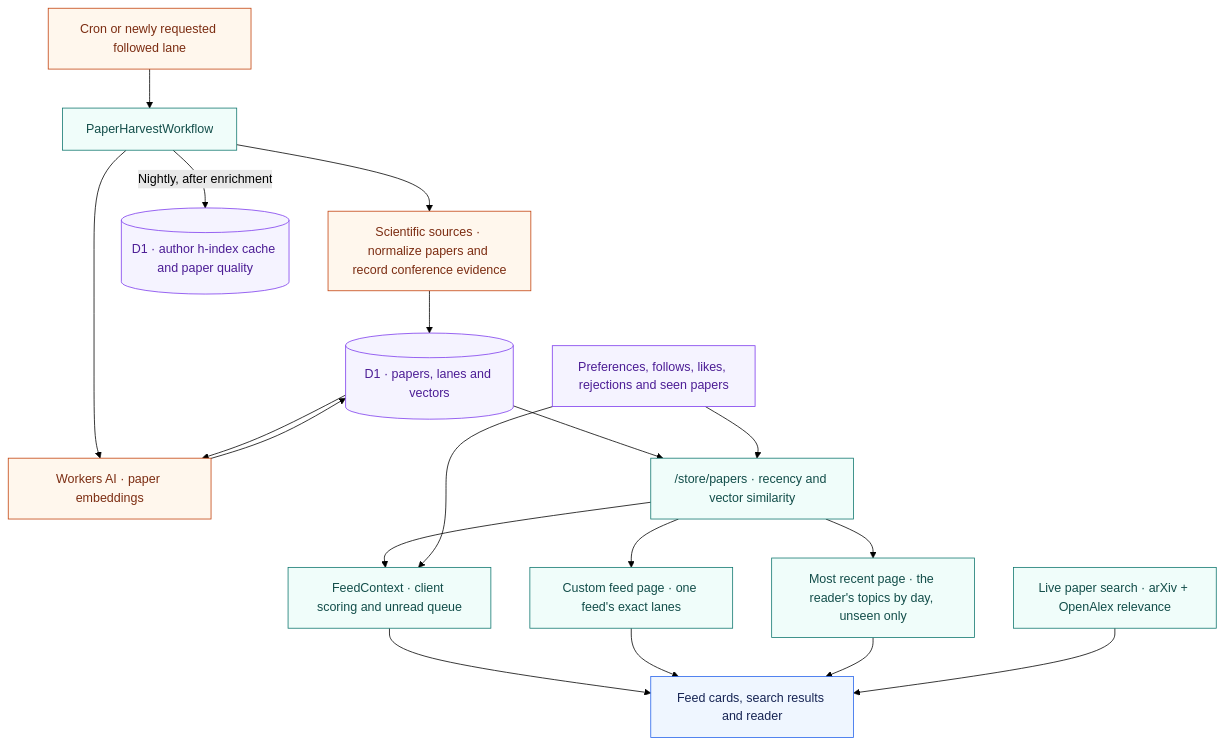
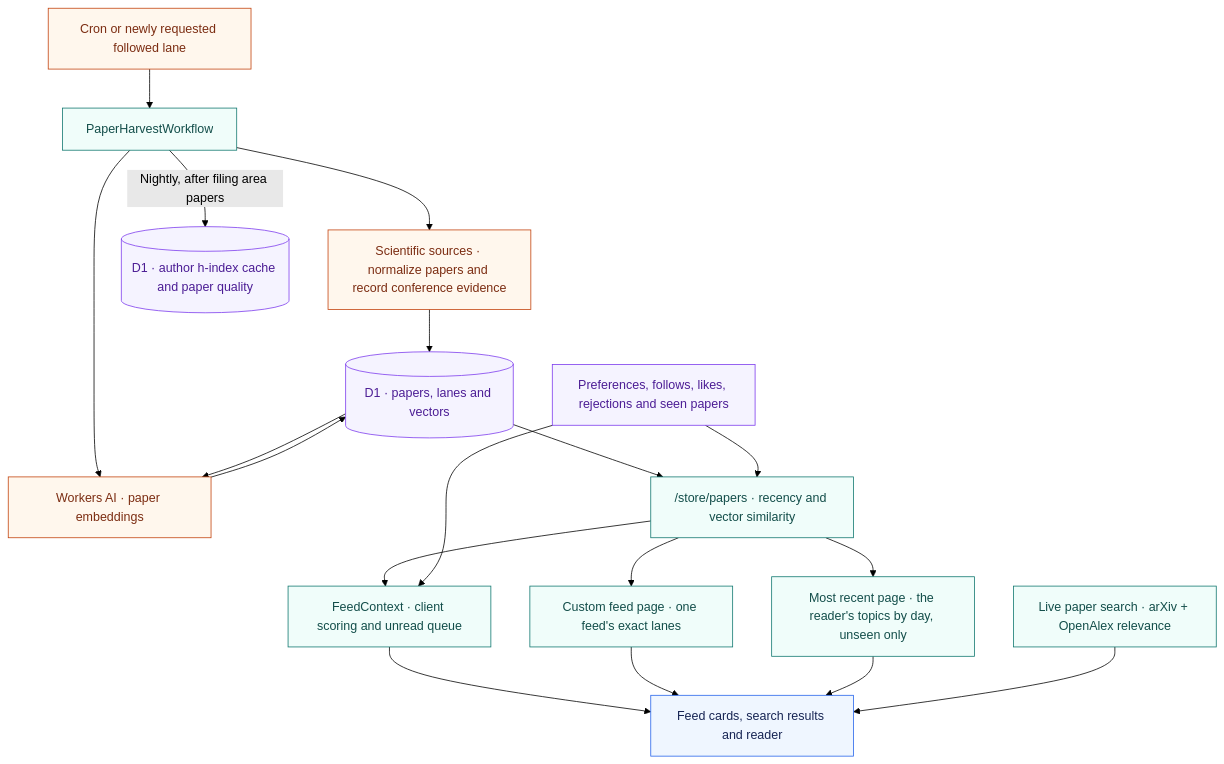
Before and after one commit to mugar123/papertok: the second of 2 diagrams in ARCHITECTURE.md, drawn with Mermaid (forest theme). The commit also changed other lines of this file and 5 other files, not shown here.

Commit message:
fix(worker): run the quality phases after the rest of the harvest

````diff
--- a/ARCHITECTURE.md
+++ b/ARCHITECTURE.md
@@ -186,36 +186,36 @@
 ```mermaid
 flowchart TD
     Trigger["Cron or newly requested followed lane"]
     Harvest["PaperHarvestWorkflow"]
     Sources["Scientific sources · normalize papers and record conference evidence"]
     Vectors["Workers AI · paper embeddings"]
     Corpus[("D1 · papers, lanes and vectors")]
     Quality[("D1 · author h-index cache and paper quality")]
     API["/store/papers · recency and vector similarity"]
     Feed["FeedContext · client scoring and unread queue"]
     Custom["Custom feed page · one feed's exact lanes"]
     Recent["Most recent page · the reader's topics by day, unseen only"]
     Signals["Preferences, follows, likes, rejections and seen papers"]
     Search["Live paper search · arXiv + OpenAlex relevance"]
     UI["Feed cards, search results and reader"]
 
     Trigger --> Harvest --> Sources --> Corpus
     Harvest --> Vectors --> Corpus
     Corpus --> Vectors
-    Harvest -->|Nightly, after enrichment| Quality
+    Harvest -->|Nightly, after filing area papers| Quality
     Corpus --> API --> Feed --> UI
     API --> Custom --> UI
     API --> Recent --> UI
     Signals --> API
     Signals --> Feed
     Search --> UI
 
     classDef source fill:#fff7ed,stroke:#c2410c,color:#7c2d12
     classDef data fill:#f5f3ff,stroke:#7c3aed,color:#4c1d95
     classDef logic fill:#f0fdfa,stroke:#0f766e,color:#134e4a
     classDef view fill:#eff6ff,stroke:#2563eb,color:#172554
     class Trigger,Sources,Vectors source
     class Corpus,Quality,Signals data
     class Harvest,API,Feed,Custom,Recent,Search logic
     class UI view
 ```
````
